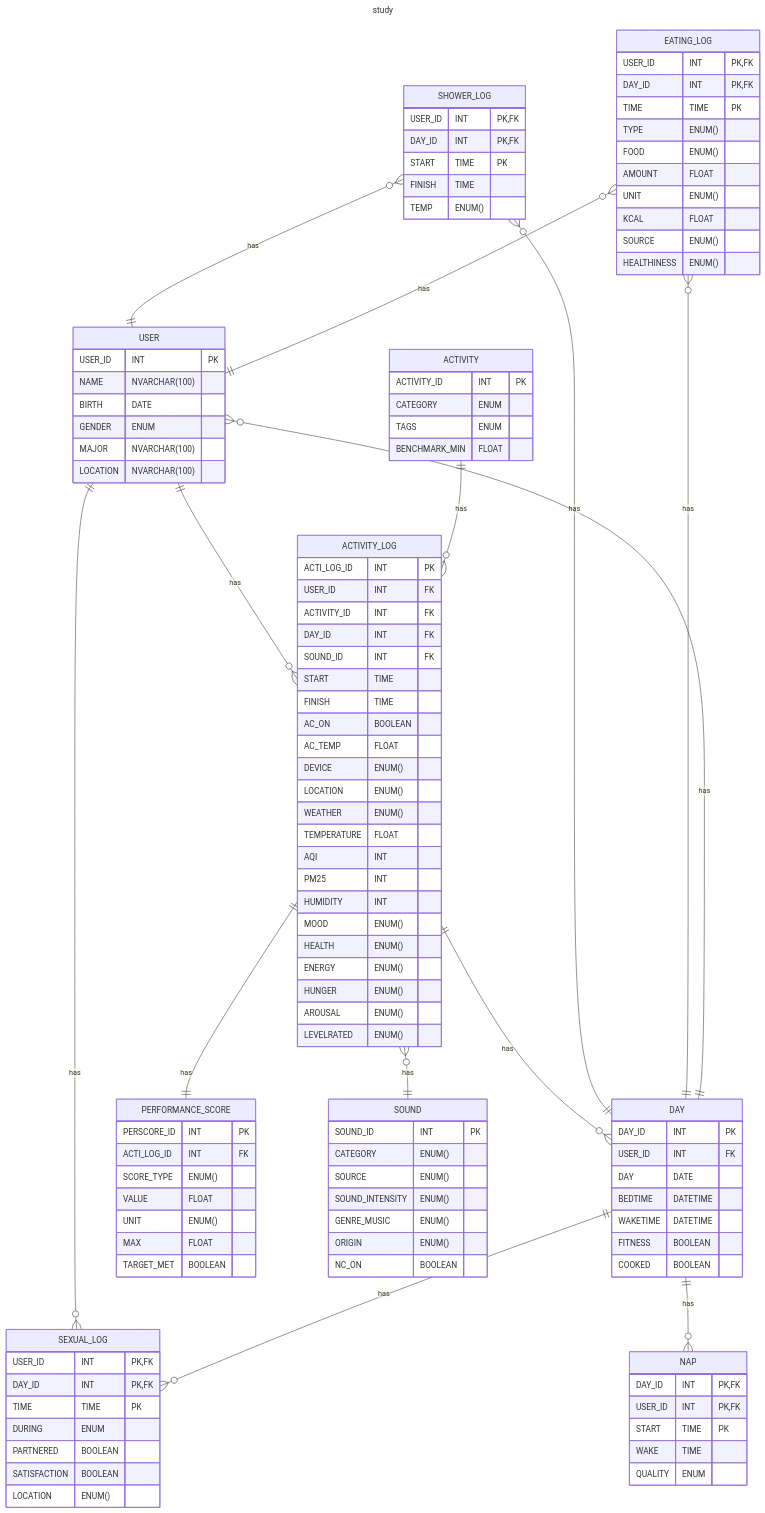
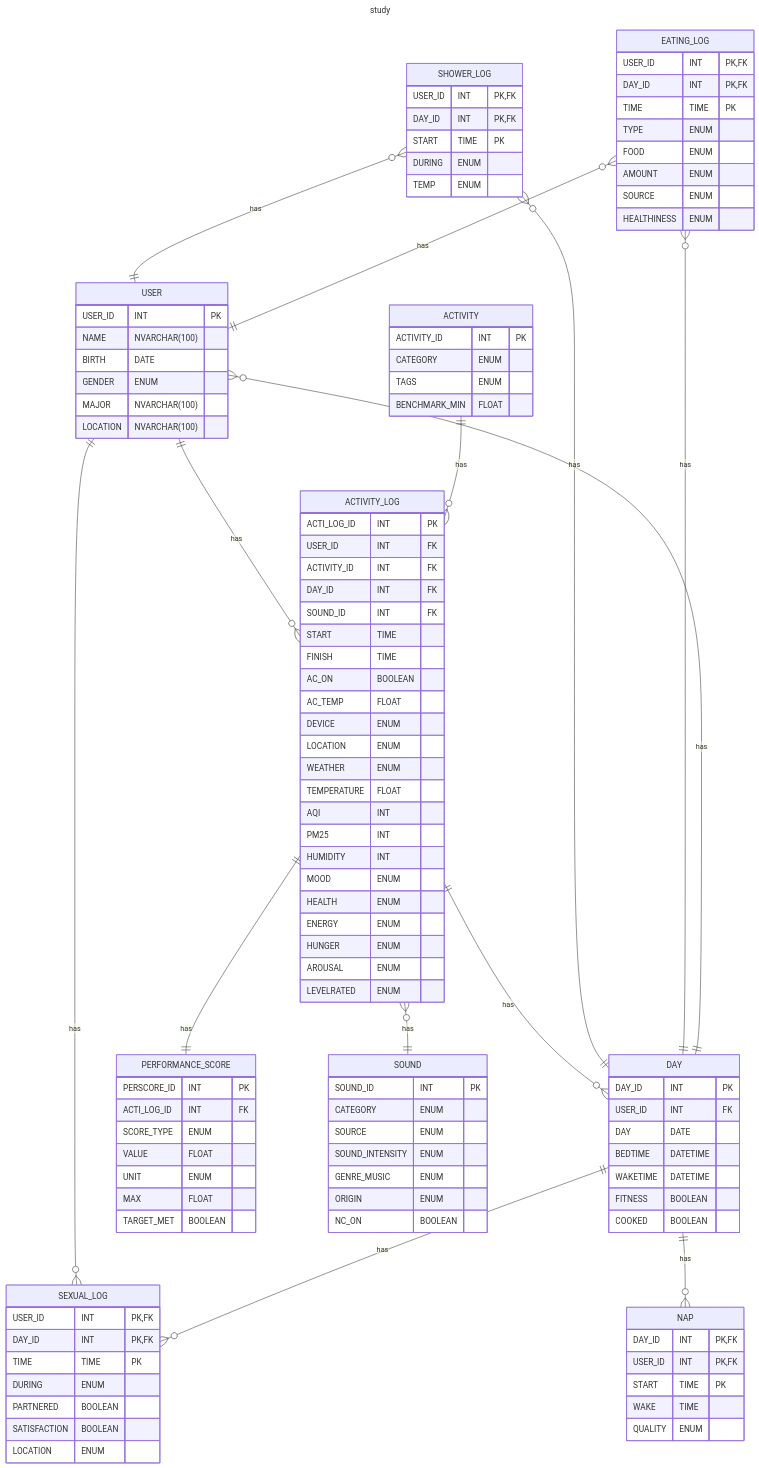
One commit to Bancie/LearningDB changed the diagram in brain.study/README.md. Above: the diagram before and after it, drawn with Mermaid. The commit also changed other lines of this file and 1 other file, not shown here.

```diff
--- a/brain.study/README.md
+++ b/brain.study/README.md
@@ -49,27 +49,27 @@
         FINISH TIME
         AC_ON BOOLEAN
         AC_TEMP FLOAT
-        DEVICE ENUM()
-        LOCATION ENUM()
-        WEATHER ENUM()
+        DEVICE ENUM
+        LOCATION ENUM
+        WEATHER ENUM
         TEMPERATURE FLOAT
         AQI INT
         PM25 INT
         HUMIDITY INT
-        MOOD ENUM()
-        HEALTH ENUM()
-        ENERGY ENUM()
-        HUNGER ENUM()
-        AROUSAL ENUM()
-        LEVELRATED ENUM()
+        MOOD ENUM
+        HEALTH ENUM
+        ENERGY ENUM
+        HUNGER ENUM
+        AROUSAL ENUM
+        LEVELRATED ENUM
     }
 
     PERFORMANCE_SCORE {
         PERSCORE_ID INT PK
         ACTI_LOG_ID INT FK
-        SCORE_TYPE ENUM()
+        SCORE_TYPE ENUM
         VALUE FLOAT
-        UNIT ENUM()
+        UNIT ENUM
         MAX FLOAT
         TARGET_MET BOOLEAN
     }
@@ -81,37 +81,35 @@
         DURING ENUM
         PARTNERED BOOLEAN
         SATISFACTION BOOLEAN
-        LOCATION ENUM()
+        LOCATION ENUM
     }
 
     SHOWER_LOG {
         USER_ID INT PK, FK
         DAY_ID INT PK, FK
         START TIME PK
-        FINISH TIME
-        TEMP ENUM()
+        DURING ENUM
+        TEMP ENUM
     }
 
     EATING_LOG {
         USER_ID INT PK, FK
         DAY_ID INT PK, FK
         TIME TIME PK
-        TYPE ENUM()
-        FOOD ENUM()
-        AMOUNT FLOAT
-        UNIT ENUM()
-        KCAL FLOAT
-        SOURCE ENUM()
-        HEALTHINESS ENUM()
+        TYPE ENUM
+        FOOD ENUM
+        AMOUNT ENUM
+        SOURCE ENUM
+        HEALTHINESS ENUM
     }
 
     SOUND {
         SOUND_ID INT PK
-        CATEGORY ENUM()
-        SOURCE ENUM()
-        SOUND_INTENSITY ENUM()
-        GENRE_MUSIC ENUM()
-        ORIGIN ENUM()
+        CATEGORY ENUM
+        SOURCE ENUM
+        SOUND_INTENSITY ENUM
+        GENRE_MUSIC ENUM
+        ORIGIN ENUM
         NC_ON BOOLEAN
     }
 
```
